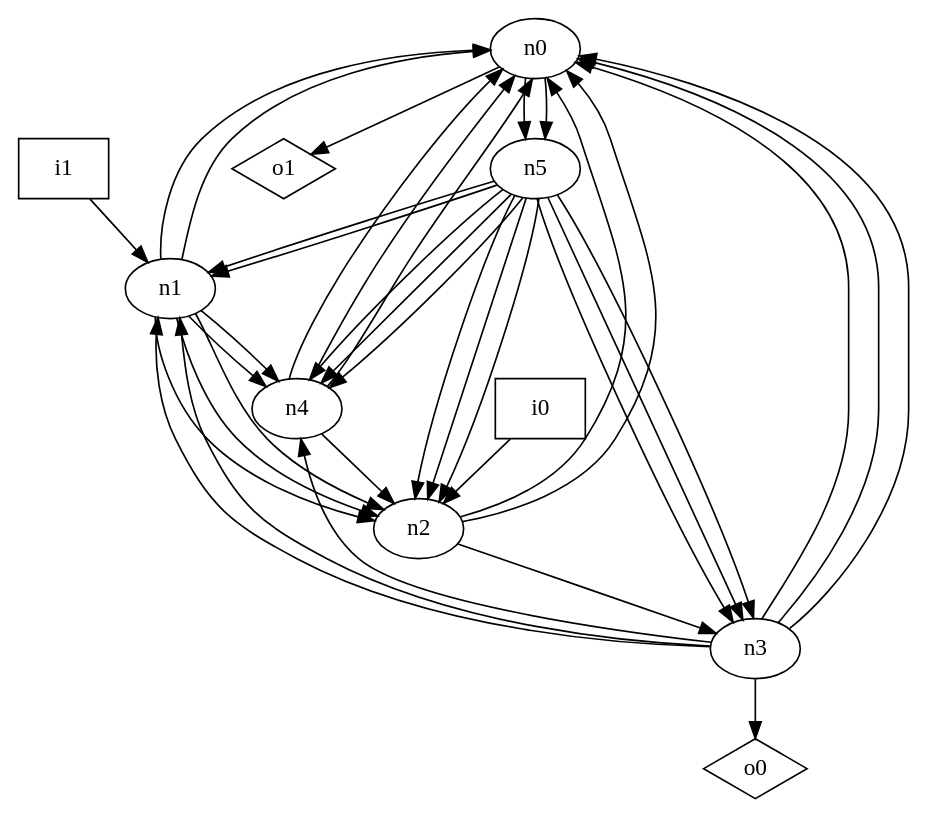
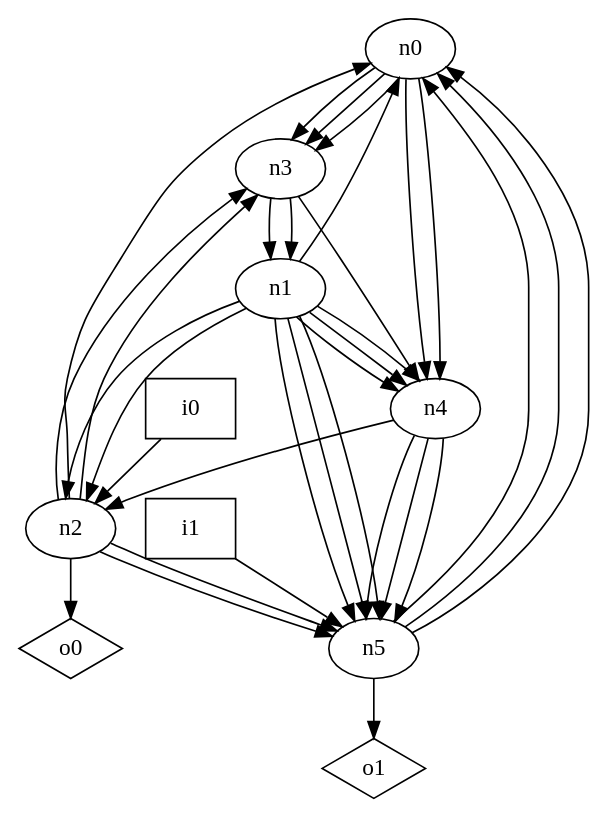
Before and after one commit to p9romain/bool-circuits: the diagram in dot_files/random/random_oriented_graph.dot, drawn with Graphviz. The commit also changed 29 other files, not shown here.

```diff
--- a/dot_files/random/random_oriented_graph.dot
+++ b/dot_files/random/random_oriented_graph.dot
@@ -1,49 +1,45 @@
 digraph G {
 n0 [label="n0"];
 n1 [label="n1"];
 n2 [label="n2"];
 n3 [label="n3"];
 n4 [label="n4"];
 n5 [label="n5"];
 n6 [label="i0",shape="box"];
 n7 [label="i1",shape="box"];
 n8 [label="o0",shape="diamond"];
 n9 [label="o1",shape="diamond"];
-n0 -> n5
-n0 -> n5
-n0 -> n9
+n0 -> n3
+n0 -> n3
+n0 -> n3
+n0 -> n4
+n0 -> n4
 n1 -> n0
-n1 -> n0
-n1 -> n2
 n1 -> n2
 n1 -> n2
 n1 -> n4
 n1 -> n4
-n2 -> n0
+n1 -> n4
+n1 -> n5
+n1 -> n5
+n1 -> n5
 n2 -> n0
 n2 -> n3
-n3 -> n0
-n3 -> n0
-n3 -> n0
+n2 -> n3
+n2 -> n5
+n2 -> n5
+n2 -> n8
 n3 -> n1
 n3 -> n1
 n3 -> n4
-n3 -> n8
-n4 -> n0
-n4 -> n0
-n4 -> n0
 n4 -> n2
-n5 -> n1
-n5 -> n1
-n5 -> n2
-n5 -> n2
-n5 -> n2
-n5 -> n3
-n5 -> n3
-n5 -> n3
-n5 -> n4
-n5 -> n4
-n5 -> n4
+n4 -> n5
+n4 -> n5
+n4 -> n5
+n5 -> n0
+n5 -> n0
+n5 -> n0
+n5 -> n9
 n6 -> n2
-n7 -> n1
+n7 -> n5
 }
```
